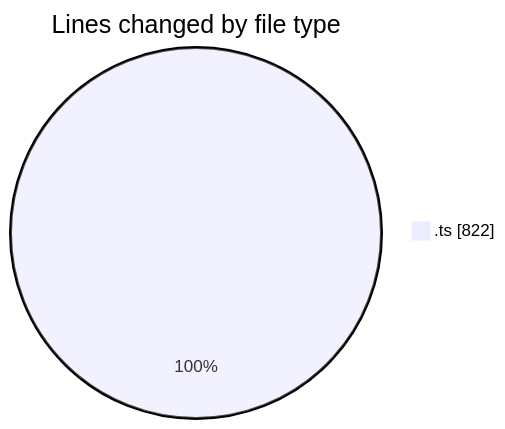
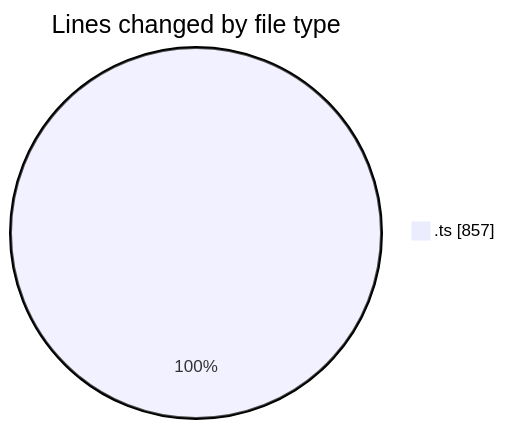
The first of 2 diagrams in 2025-08-11/cda/README.md (momahboobian/code-tracking), drawn with Mermaid before and after one commit. The commit also changed other lines of this file and 1 other file, not shown here.

````diff
--- a/2025-08-11/cda/README.md
+++ b/2025-08-11/cda/README.md
@@ -22,5 +22,5 @@
 ```mermaid
 pie showData
 title Lines changed by file type
-".ts" : 822
+".ts" : 857
 ```
````
